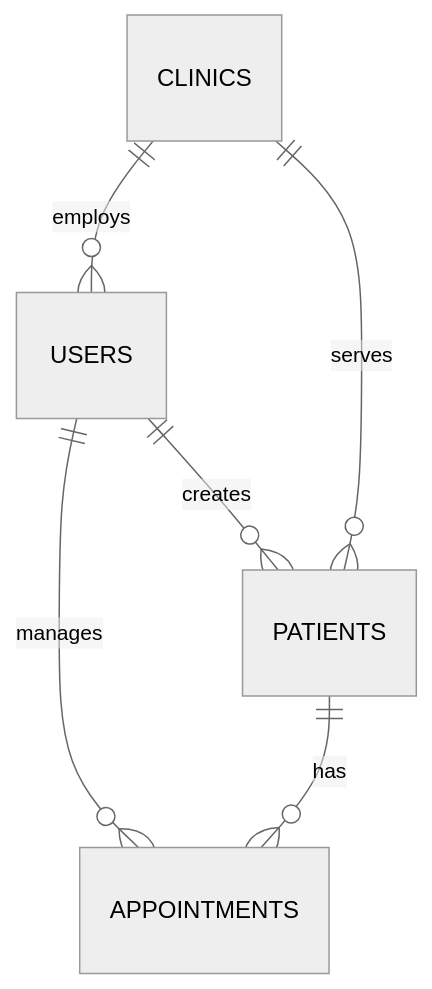
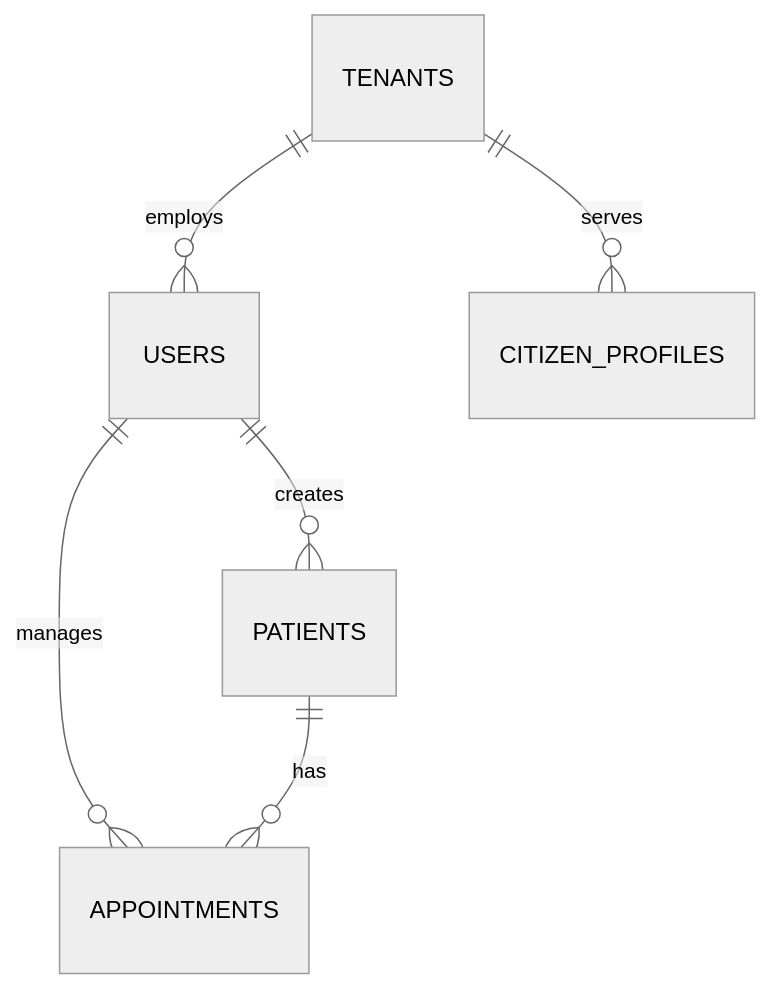
One commit to jreinaldodasilva/secomvsaas changed the first of 3 diagrams in docs/prompts/backend/prompt_backend_comprehensive_modular_review_docs_request.md. Above: the diagram before and after it, drawn with Mermaid (neutral theme). The commit also changed other lines of this file and 59 other files, not shown here.

````diff
--- a/docs/prompts/backend/prompt_backend_comprehensive_modular_review_docs_request.md
+++ b/docs/prompts/backend/prompt_backend_comprehensive_modular_review_docs_request.md
@@ -151,8 +151,8 @@
 ```mermaid
 erDiagram
     USERS ||--o{ PATIENTS : creates
     USERS ||--o{ APPOINTMENTS : manages
     PATIENTS ||--o{ APPOINTMENTS : has
-    CLINICS ||--o{ USERS : employs
-    CLINICS ||--o{ PATIENTS : serves
+    TENANTS ||--o{ USERS : employs
+    TENANTS ||--o{ CITIZEN_PROFILES : serves
 ```
````
